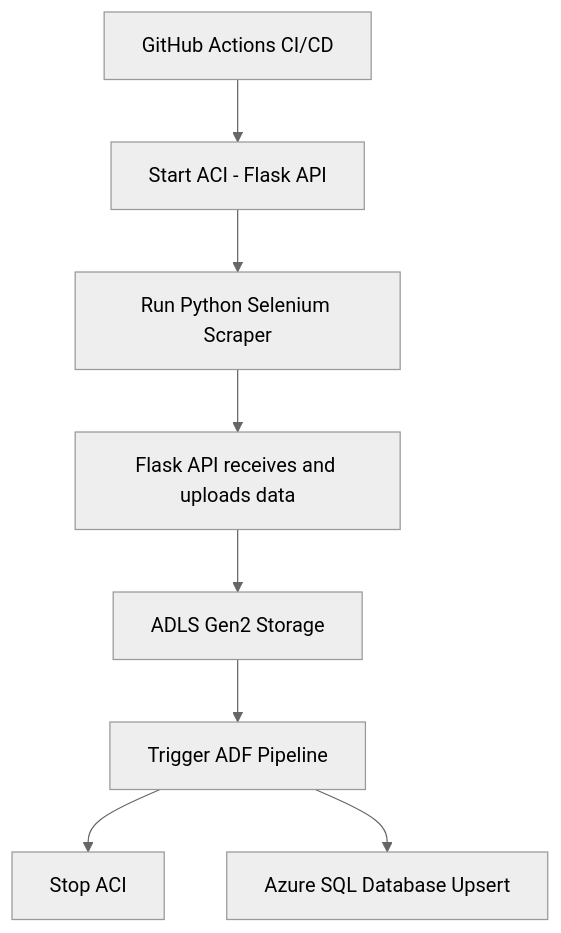
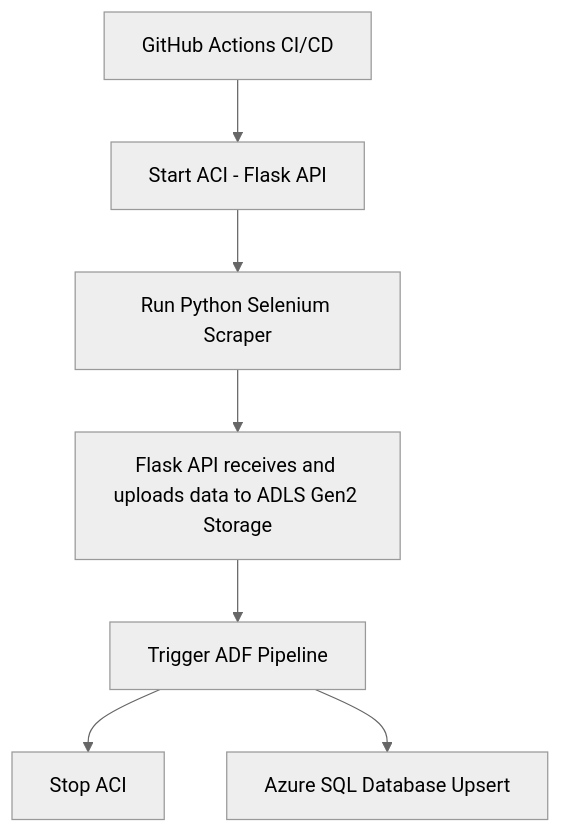
The diagram in README.md (FNeal10/Etf-Stocks), drawn with Mermaid (neutral theme) before and after one commit. The commit also changed other lines of this file, not shown here.

Commit message:
added adf trigger

````diff
--- a/README.md
+++ b/README.md
@@ -97,10 +90,9 @@
 ```mermaid
 graph TD
     A[GitHub Actions CI/CD] --> B[Start ACI - Flask API]
     B --> C[Run Python Selenium Scraper]
-    C --> D[Flask API receives and uploads data]
-    D --> E[ADLS Gen2 Storage]
-    E --> F[Trigger ADF Pipeline]
-    F --> G[Stop ACI]
-    F --> H[Azure SQL Database Upsert]
+    C --> D[Flask API receives and uploads data to ADLS Gen2 Storage]
+    D --> E[Trigger ADF Pipeline]
+    E --> F[Stop ACI]
+    E --> G[Azure SQL Database Upsert]
 ```
````
